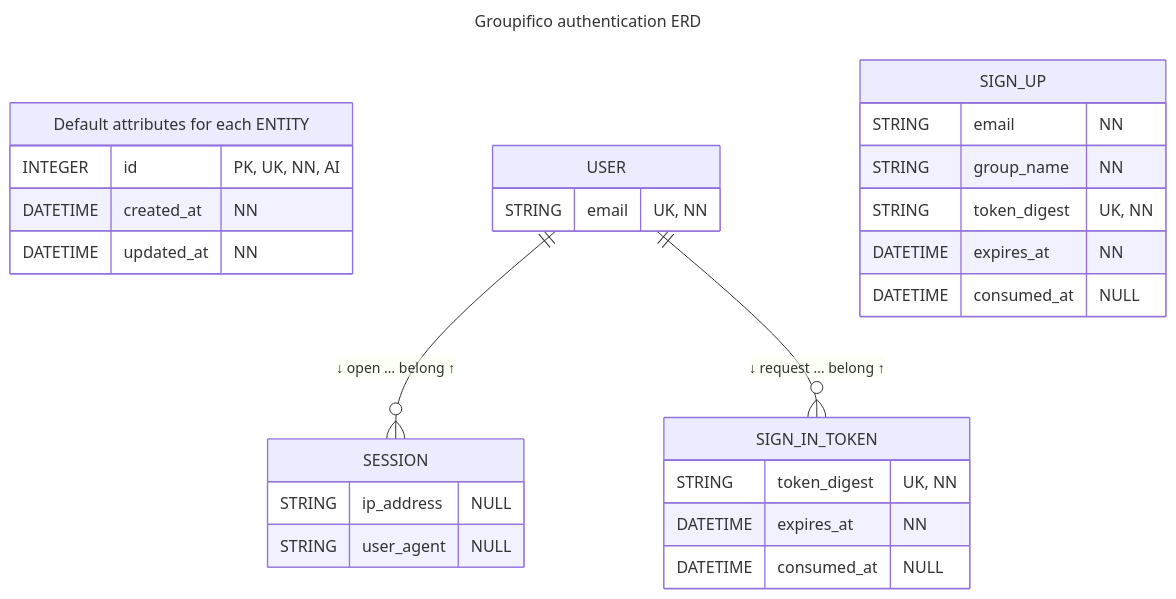
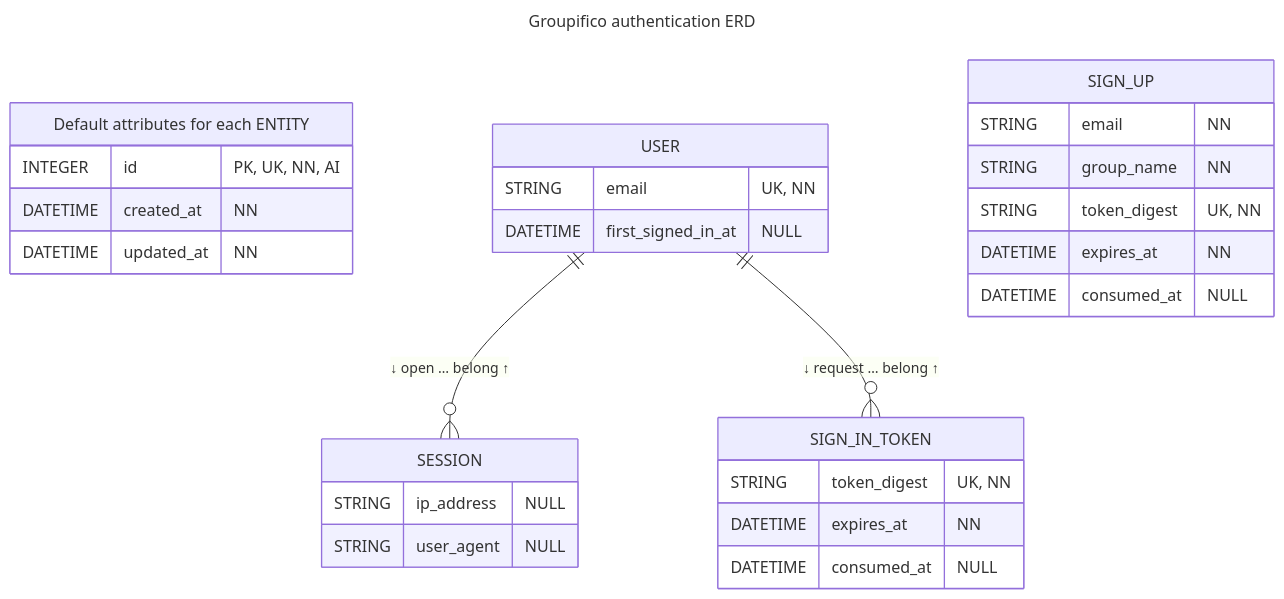
The second of 2 diagrams in README.md (izkreny/groupifico), drawn with Mermaid before and after one commit. The commit also changed other lines of this file and 2 other files, not shown here.

````diff
--- a/README.md
+++ b/README.md
@@ -216,68 +217,70 @@
 ```mermaid
 ---
 title: Groupifico authentication ERD
 # IMPORTANT!
 # - Official syntax for entity attributes is: `type name key "comment"`
 # - Syntax for entity attributes used below: `type name "key, comment"`
 ---
 
 erDiagram
   direction TB
 
   %% DEFAULT ATTRIBUTES
   "Default attributes for each ENTITY" {
     INTEGER  id         "PK, UK, NN, AI"
     DATETIME created_at "NN"
     DATETIME updated_at "NN"
   }
 
   %% RELATIONSHIPS
   %% A line is an Active Record association, and the constraint behind it can still be weak:
   %% SESSION's own comment below is the case in this diagram
   %% SIGN_UP has none: it carries no user_id, so there is nothing to draw a line from
   USER  1  to  0+  SESSION        :  "↓ open    … belong ↑"
   USER  1  to  0+  SIGN_IN_TOKEN  :  "↓ request … belong ↑"
 
   %% ENTITIES
 
   %% UNIQUE INDEX (email)
   %% FK: sessions and sign_in_tokens both reference users, with the rules noted on each below
   USER {
     %% email limit: 250 chars. Normalised to stripped lowercase, uniqueness validated case-insensitively
-    STRING email "UK, NN"
+    STRING   email              "UK, NN"
+    %% first_signed_in_at is null until the account's first session is created; SESSION's after_create writes it once
+    DATETIME first_signed_in_at "NULL"
   }
 
   %% FK: user_id references users with no options, so NO ACTION; has_many dependent: :destroy cleans them up
   SESSION {
     %% ip_address has no limit declared
     STRING ip_address "NULL"
     %% user_agent has no limit declared
     STRING user_agent "NULL"
   }
 
   %% UNIQUE INDEX (token_digest)
   %% FK: user_id references users, ON DELETE CASCADE, ON UPDATE CASCADE
   SIGN_IN_TOKEN {
     %% token_digest has no limit declared. Written and matched by SignInToken.digest, never the token
     STRING   token_digest "UK, NN"
     %% expires_at is set at mint to Redeemable::EXPIRES_IN from now
     DATETIME expires_at   "NN"
     %% consumed_at is null until the link is spent. The outstanding scope selects those still null
     DATETIME consumed_at  "NULL"
   }
 
   %% UNIQUE INDEX (token_digest)
   %% No foreign key and no user_id: the row predates the account it creates
   SIGN_UP {
     %% email limit: 250 chars. Normalised to stripped lowercase, matching User exactly
     STRING   email        "NN"
     %% group_name limit: 250 chars. Becomes the new Group's name at redemption
     STRING   group_name   "NN"
     %% token_digest has no limit declared. Written and matched by SignUp.digest, never the token
     STRING   token_digest "UK, NN"
     %% expires_at is set at mint to Redeemable::EXPIRES_IN from now
     DATETIME expires_at   "NN"
     %% consumed_at is null until the link is spent. The outstanding scope selects those still null
     DATETIME consumed_at  "NULL"
   }
 ```
````
